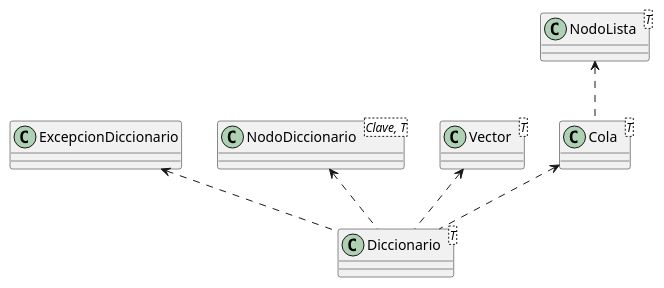
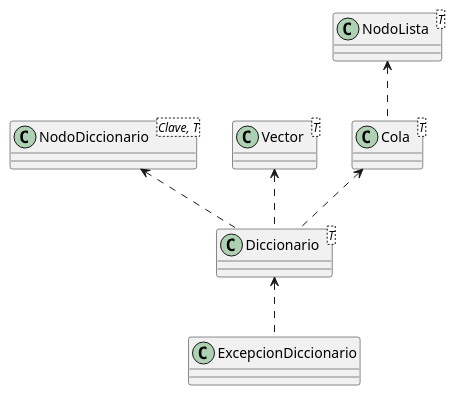
Before and after one commit to Tastor2k2/AYED-tpg-2c2024-compilados: the diagram in UML/Diccionario.puml, drawn with PlantUML.

```diff
--- a/UML/Diccionario.puml
+++ b/UML/Diccionario.puml
@@ -1,27 +1,27 @@
 @startuml
 
 class Diccionario<T> {
 }
 
 class ExcepcionDiccionario {
 }
 
 class NodoDiccionario<Clave, T> {
 }
 
 class Vector<T> {
 }
 
 class Cola<T> {
 }
 
 class NodoLista<T> {
 }
-ExcepcionDiccionario <.. Diccionario
+Diccionario <.. ExcepcionDiccionario
 NodoDiccionario <.. Diccionario
 Vector <.. Diccionario
 Cola <.. Diccionario
 NodoLista <.. Cola
 
 
 @enduml
```
